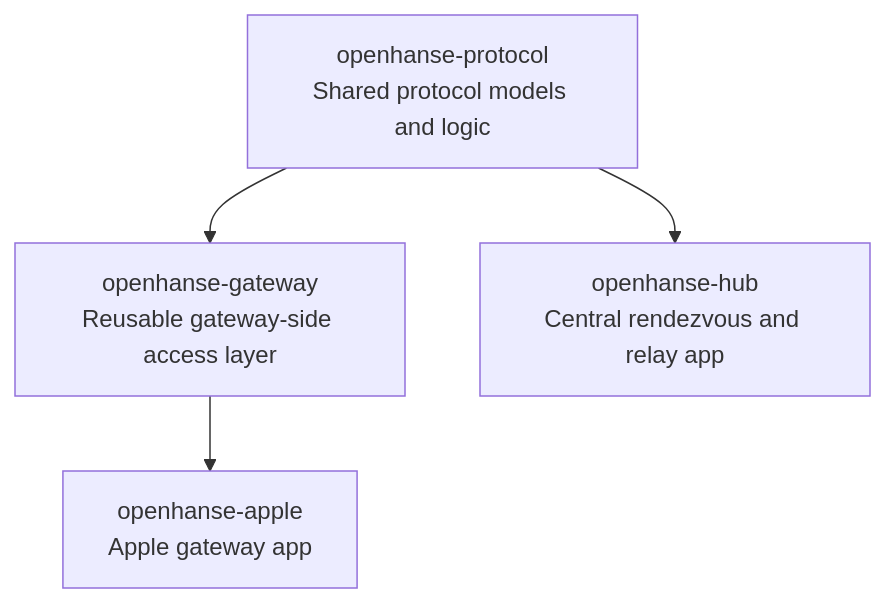
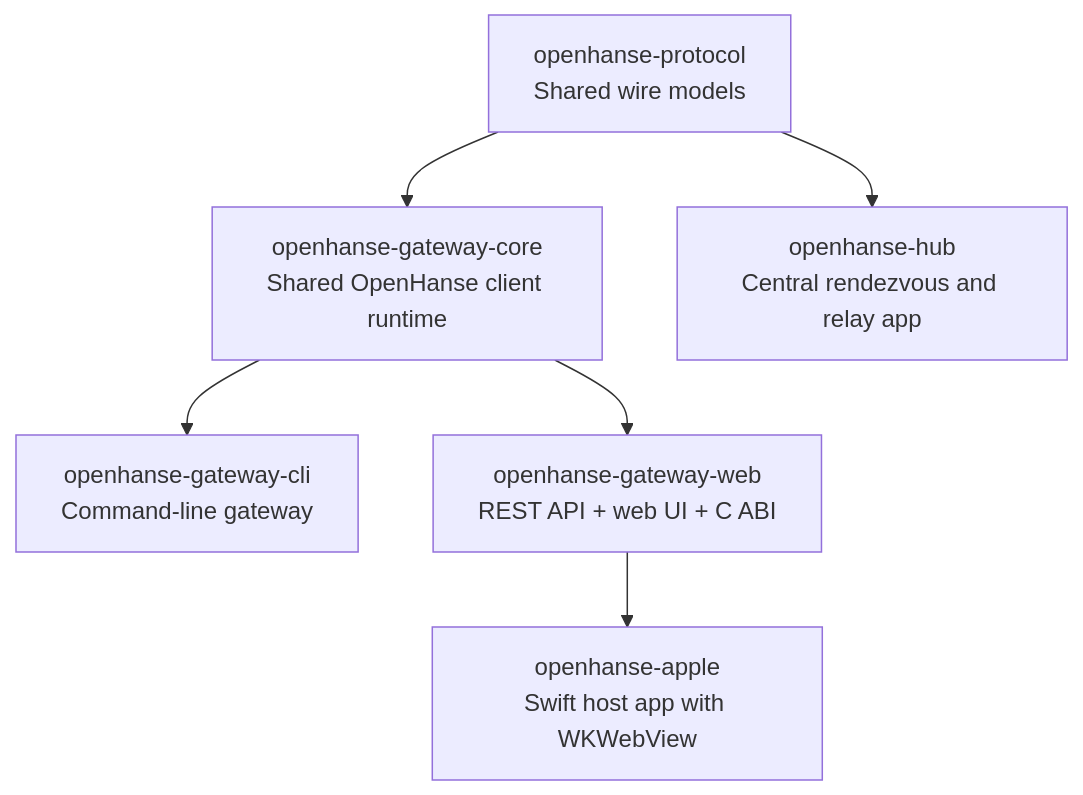
One commit to OpenHanse/openhanse changed the first of 2 diagrams in README.md. Above: the diagram before and after it, drawn with Mermaid. The commit also changed other lines of this file and 18 other files, not shown here.

````diff
--- a/README.md
+++ b/README.md
@@ -28,11 +29,15 @@
 ```mermaid
 graph TD
-    Protocol["openhanse-protocol<br/>Shared protocol models and logic"]
-    GatewayCore["openhanse-gateway<br/>Reusable gateway-side access layer"]
+    Protocol["openhanse-protocol<br/>Shared wire models"]
+    GatewayCore["openhanse-gateway-core<br/>Shared OpenHanse client runtime"]
+    GatewayCli["openhanse-gateway-cli<br/>Command-line gateway"]
+    GatewayWeb["openhanse-gateway-web<br/>REST API + web UI + C ABI"]
     Hub["openhanse-hub<br/>Central rendezvous and relay app"]
-    Apple["openhanse-apple<br/>Apple gateway app"]
+    Apple["openhanse-apple<br/>Swift host app with WKWebView"]
 
+    Protocol --> Hub
     Protocol --> GatewayCore
-    Protocol --> Hub
-    GatewayCore --> Apple
+    GatewayCore --> GatewayCli
+    GatewayCore --> GatewayWeb
+    GatewayWeb --> Apple
 ```
````
